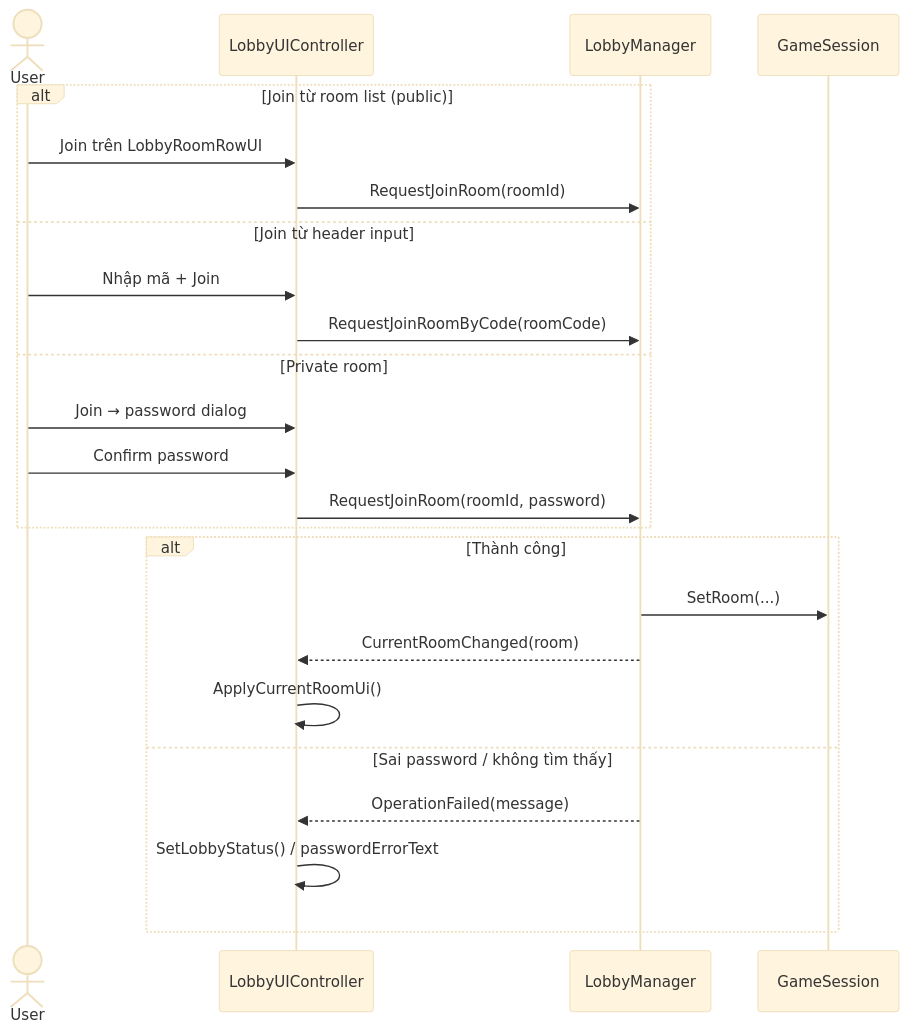
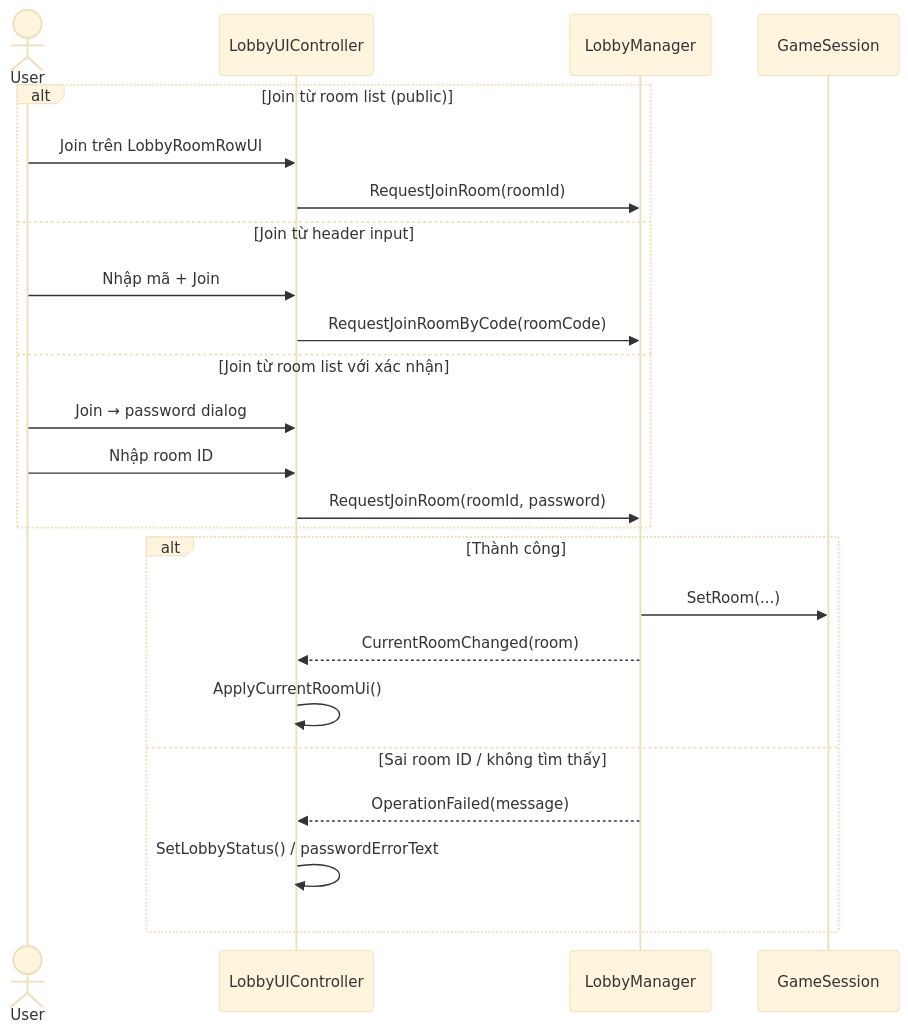
Before and after one commit to Dat-se40/Bommy: the third of 6 diagrams in Assets/Scripts/UI/Lobby/README.md, drawn with Mermaid (base theme). The commit also changed other lines of this file and 26 other files, not shown here.

Commit message:
Add backend loading and matchmaking flow

````diff
--- a/Assets/Scripts/UI/Lobby/README.md
+++ b/Assets/Scripts/UI/Lobby/README.md
@@ -139,28 +139,28 @@
 ```mermaid
 sequenceDiagram
     actor User
     participant UI as LobbyUIController
     participant LM as LobbyManager
     participant GS as GameSession
 
     alt Join từ room list (public)
         User->>UI: Join trên LobbyRoomRowUI
         UI->>LM: RequestJoinRoom(roomId)
     else Join từ header input
         User->>UI: Nhập mã + Join
         UI->>LM: RequestJoinRoomByCode(roomCode)
-    else Private room
+    else Join từ room list với xác nhận
         User->>UI: Join → password dialog
-        User->>UI: Confirm password
+        User->>UI: Nhập room ID
         UI->>LM: RequestJoinRoom(roomId, password)
     end
 
     alt Thành công
         LM->>GS: SetRoom(...)
         LM-->>UI: CurrentRoomChanged(room)
         UI->>UI: ApplyCurrentRoomUi()
-    else Sai password / không tìm thấy
+    else Sai room ID / không tìm thấy
         LM-->>UI: OperationFailed(message)
         UI->>UI: SetLobbyStatus() / passwordErrorText
     end
 ```
````
